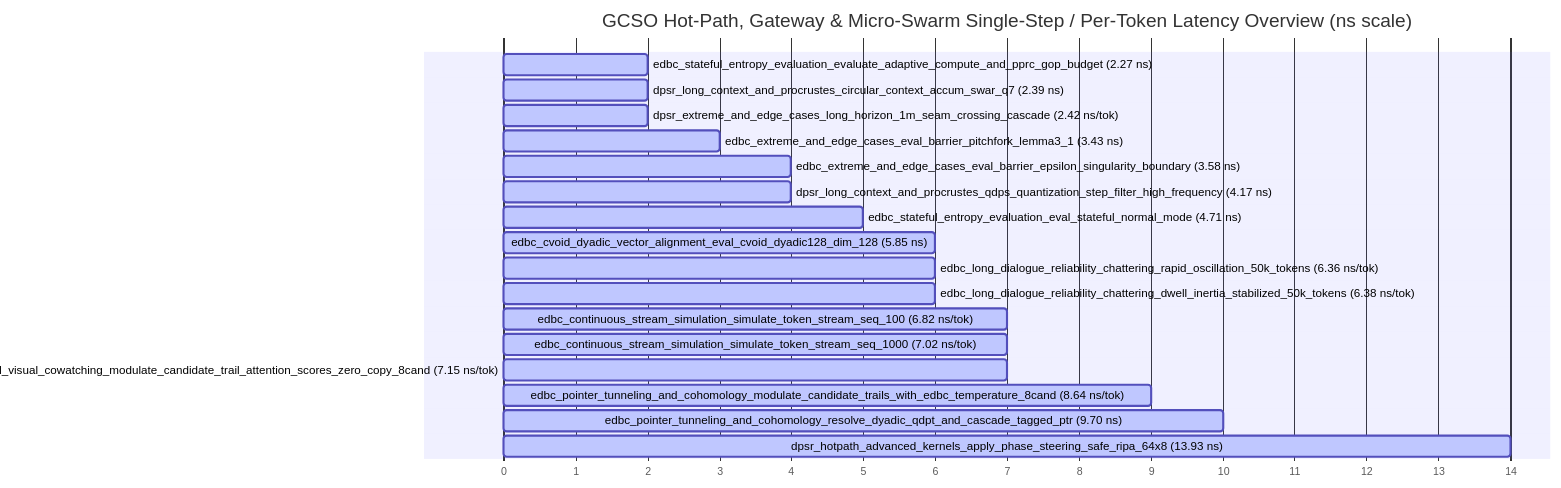
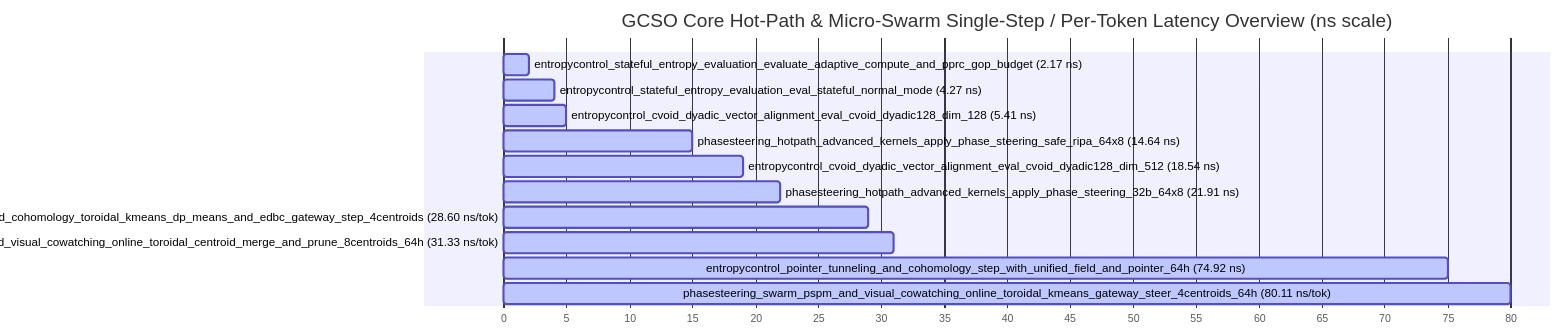
Before and after one commit to flat-sauce-works/LiminiKa: the diagram in docs/benchmark/benchmarks.md, drawn with Mermaid. The commit also changed other lines of this file and 2 other files, not shown here.

````diff
--- a/docs/benchmark/benchmarks.md
+++ b/docs/benchmark/benchmarks.md
@@ -40,22 +92,16 @@
 ```mermaid
 gantt
-    title GCSO Hot-Path, Gateway & Micro-Swarm Single-Step / Per-Token Latency Overview (ns scale)
+    title GCSO Core Hot-Path & Micro-Swarm Single-Step / Per-Token Latency Overview (ns scale)
     dateFormat X
     axisFormat %s
-    edbc_stateful_entropy_evaluation_evaluate_adaptive_compute_and_pprc_gop_budget (2.27 ns) :active, 0, 2
-    dpsr_long_context_and_procrustes_circular_context_accum_swar_q7 (2.39 ns) :active, 0, 2
-    dpsr_extreme_and_edge_cases_long_horizon_1m_seam_crossing_cascade (2.42 ns/tok) :active, 0, 2
-    edbc_extreme_and_edge_cases_eval_barrier_pitchfork_lemma3_1 (3.43 ns) :active, 0, 3
-    edbc_extreme_and_edge_cases_eval_barrier_epsilon_singularity_boundary (3.58 ns) :active, 0, 4
-    dpsr_long_context_and_procrustes_qdps_quantization_step_filter_high_frequency (4.17 ns) :active, 0, 4
-    edbc_stateful_entropy_evaluation_eval_stateful_normal_mode (4.71 ns) :active, 0, 5
-    edbc_cvoid_dyadic_vector_alignment_eval_cvoid_dyadic128_dim_128 (5.85 ns) :active, 0, 6
-    edbc_long_dialogue_reliability_chattering_rapid_oscillation_50k_tokens (6.36 ns/tok) :active, 0, 6
-    edbc_long_dialogue_reliability_chattering_dwell_inertia_stabilized_50k_tokens (6.38 ns/tok) :active, 0, 6
-    edbc_continuous_stream_simulation_simulate_token_stream_seq_100 (6.82 ns/tok) :active, 0, 7
-    edbc_continuous_stream_simulation_simulate_token_stream_seq_1000 (7.02 ns/tok) :active, 0, 7
-    dpsr_swarm_pspm_and_visual_cowatching_modulate_candidate_trail_attention_scores_zero_copy_8cand (7.15 ns/tok) :active, 0, 7
-    edbc_pointer_tunneling_and_cohomology_modulate_candidate_trails_with_edbc_temperature_8cand (8.64 ns/tok) :active, 0, 9
-    edbc_pointer_tunneling_and_cohomology_resolve_dyadic_qdpt_and_cascade_tagged_ptr (9.70 ns) :active, 0, 10
-    dpsr_hotpath_advanced_kernels_apply_phase_steering_safe_ripa_64x8 (13.93 ns) :active, 0, 14
+    entropycontrol_stateful_entropy_evaluation_evaluate_adaptive_compute_and_pprc_gop_budget (2.17 ns) :active, 0, 2
+    entropycontrol_stateful_entropy_evaluation_eval_stateful_normal_mode (4.27 ns) :active, 0, 4
+    entropycontrol_cvoid_dyadic_vector_alignment_eval_cvoid_dyadic128_dim_128 (5.41 ns) :active, 0, 5
+    phasesteering_hotpath_advanced_kernels_apply_phase_steering_safe_ripa_64x8 (14.64 ns) :active, 0, 15
+    entropycontrol_cvoid_dyadic_vector_alignment_eval_cvoid_dyadic128_dim_512 (18.54 ns) :active, 0, 19
+    phasesteering_hotpath_advanced_kernels_apply_phase_steering_32b_64x8 (21.91 ns) :active, 0, 22
+    entropycontrol_pointer_tunneling_and_cohomology_toroidal_kmeans_dp_means_and_edbc_gateway_step_4centroids (28.60 ns/tok) :active, 0, 29
+    phasesteering_swarm_pspm_and_visual_cowatching_online_toroidal_centroid_merge_and_prune_8centroids_64h (31.33 ns/tok) :active, 0, 31
+    entropycontrol_pointer_tunneling_and_cohomology_step_with_unified_field_and_pointer_64h (74.92 ns) :active, 0, 75
+    phasesteering_swarm_pspm_and_visual_cowatching_online_toroidal_kmeans_gateway_steer_4centroids_64h (80.11 ns/tok) :active, 0, 80
 ```
````
